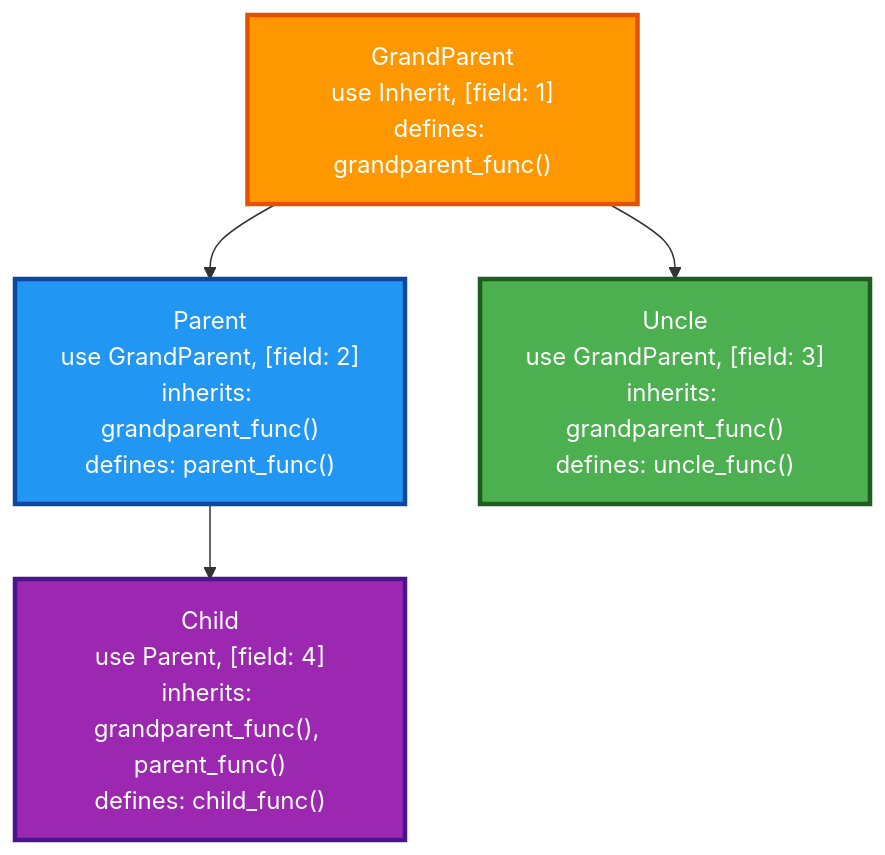
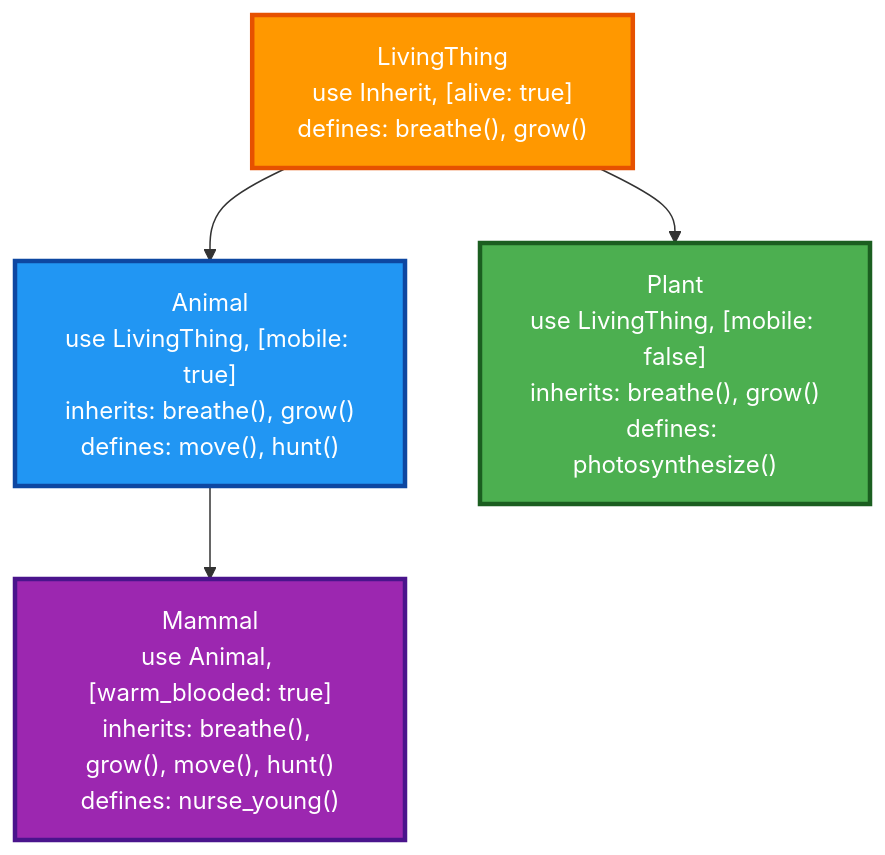
The diagram in README.md (DockYard/inherit), drawn with Mermaid before and after one commit. The commit also changed other lines of this file and 5 other files, not shown here.

````diff
--- a/README.md
+++ b/README.md
@@ -235,19 +255,19 @@
 ```mermaid
 flowchart TD
-    GrandParent["GrandParent<br/>use Inherit, [field: 1]<br/>defines: grandparent_func()"] 
+    LivingThing["LivingThing<br/>use Inherit, [alive: true]<br/>defines: breathe(), grow()"] 
     
-    Parent["Parent<br/>use GrandParent, [field: 2]<br/>inherits: grandparent_func()<br/>defines: parent_func()"]
+    Animal["Animal<br/>use LivingThing, [mobile: true]<br/>inherits: breathe(), grow()<br/>defines: move(), hunt()"]
     
-    Uncle["Uncle<br/>use GrandParent, [field: 3]<br/>inherits: grandparent_func()<br/>defines: uncle_func()"]
+    Plant["Plant<br/>use LivingThing, [mobile: false]<br/>inherits: breathe(), grow()<br/>defines: photosynthesize()"]
     
-    Child["Child<br/>use Parent, [field: 4]<br/>inherits: grandparent_func(), parent_func()<br/>defines: child_func()"]
+    Mammal["Mammal<br/>use Animal, [warm_blooded: true]<br/>inherits: breathe(), grow(), move(), hunt()<br/>defines: nurse_young()"]
     
-    GrandParent --> Parent
-    GrandParent --> Uncle
-    Parent --> Child
+    LivingThing --> Animal
+    LivingThing --> Plant
+    Animal --> Mammal
     
-    style GrandParent fill:#FF9800,stroke:#E65100,stroke-width:3px,color:#fff
-    style Parent fill:#2196F3,stroke:#0D47A1,stroke-width:3px,color:#fff
-    style Uncle fill:#4CAF50,stroke:#1B5E20,stroke-width:3px,color:#fff
-    style Child fill:#9C27B0,stroke:#4A148C,stroke-width:3px,color:#fff
+    style LivingThing fill:#FF9800,stroke:#E65100,stroke-width:3px,color:#fff
+    style Animal fill:#2196F3,stroke:#0D47A1,stroke-width:3px,color:#fff
+    style Plant fill:#4CAF50,stroke:#1B5E20,stroke-width:3px,color:#fff
+    style Mammal fill:#9C27B0,stroke:#4A148C,stroke-width:3px,color:#fff
 ```
````
